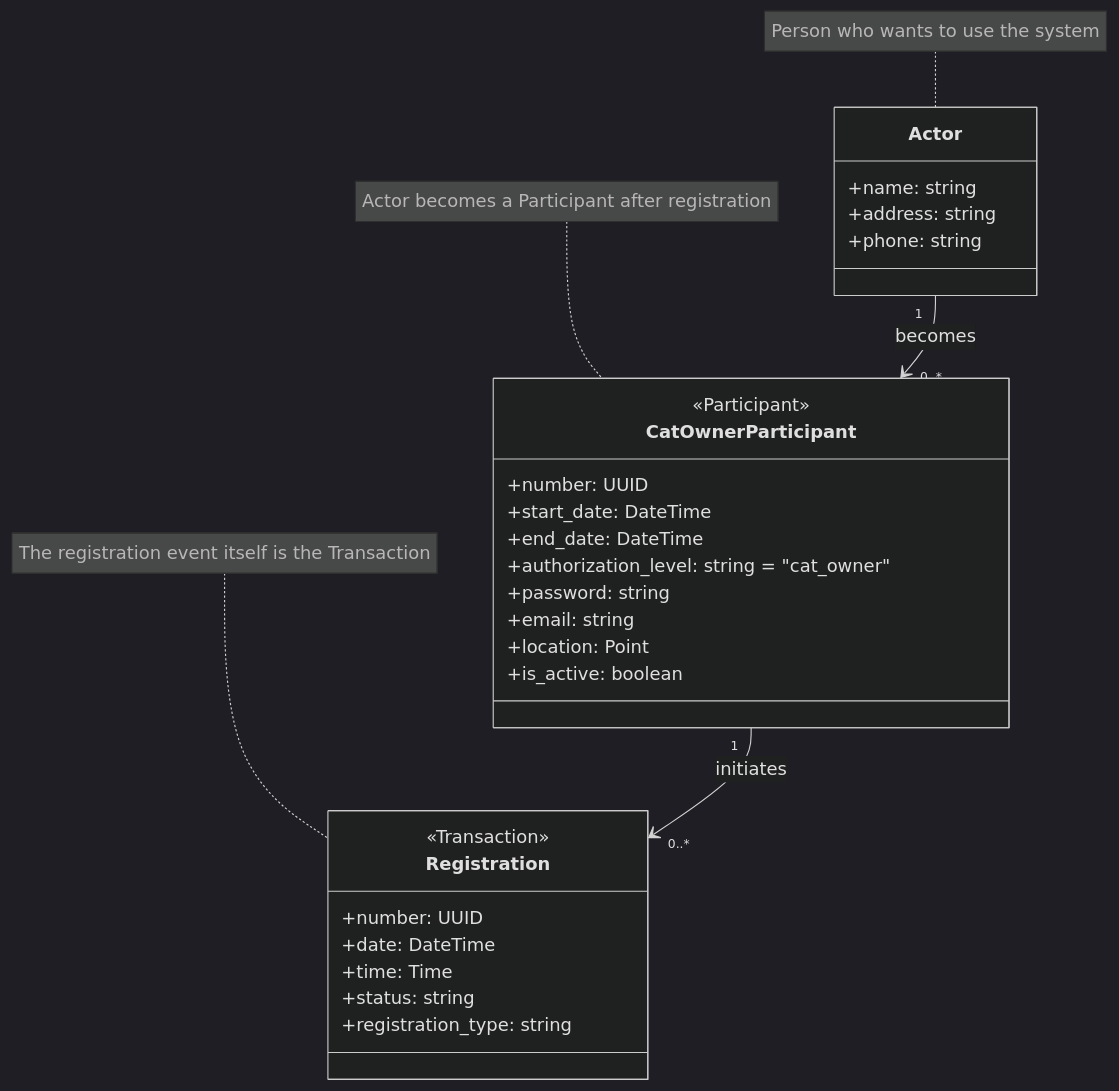
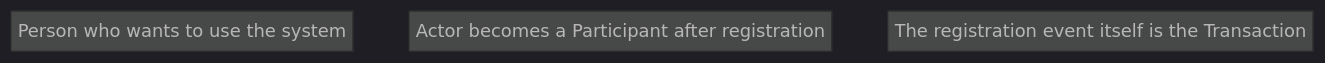
One commit to hixam001/purrfect-care changed the first of 12 diagrams in docs/design/03-transactional-diagrams.md. Above: the diagram before and after it, drawn with Mermaid (dark theme). The commit also changed 1 other file, not shown here.

Commit message:
UserRegistration Transactional Diagram added

````diff
--- a/docs/design/03-transactional-diagrams.md
+++ b/docs/design/03-transactional-diagrams.md
@@ -39,36 +39,6 @@
 ```mermaid
 classDiagram
-    class Actor {
-        +name: string
-        +address: string
-        +phone: string
-    }
-
-    class CatOwnerParticipant {
-        <<Participant>>
-        +number: UUID
-        +start_date: DateTime
-        +end_date: DateTime
-        +authorization_level: string = "cat_owner"
-        +password: string
-        +email: string
-        +location: Point
-        +is_active: boolean
-    }
-
-    class Registration {
-        <<Transaction>>
-        +number: UUID
-        +date: DateTime
-        +time: Time
-        +status: string
-        +registration_type: string
-    }
-
-    Actor "1" --> "0..*" CatOwnerParticipant : becomes
-    CatOwnerParticipant "1" --> "0..*" Registration : initiates
-
     note for Actor "Person who wants to use the system"
     note for CatOwnerParticipant "Actor becomes a Participant after registration"
     note for Registration "The registration event itself is the Transaction"
 ```
````
